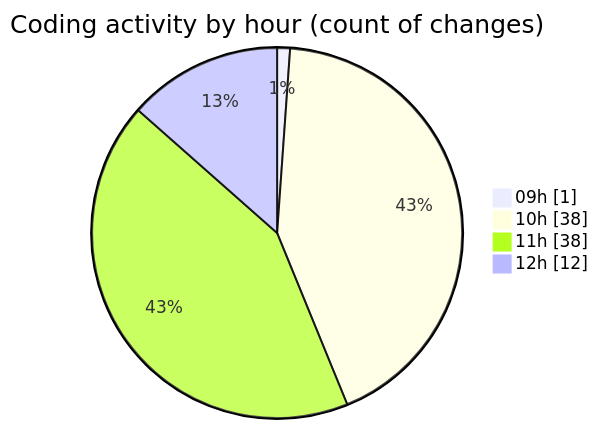
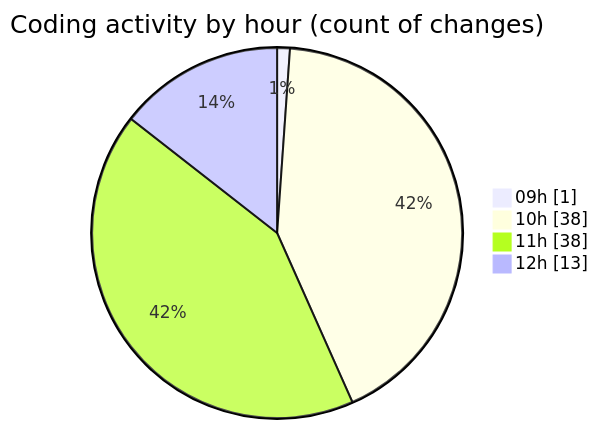
One commit to momahboobian/code-tracking changed the second of 2 diagrams in 2026-01-07/cda/README.md. Above: the diagram before and after it, drawn with Mermaid. The commit also changed other lines of this file and 1 other file, not shown here.

````diff
--- a/2026-01-07/cda/README.md
+++ b/2026-01-07/cda/README.md
@@ -53,8 +54,8 @@
 ```mermaid
 pie showData
 title Coding activity by hour (count of changes)
 "09h" : 1
 "10h" : 38
 "11h" : 38
-"12h" : 12
+"12h" : 13
 ```
````
